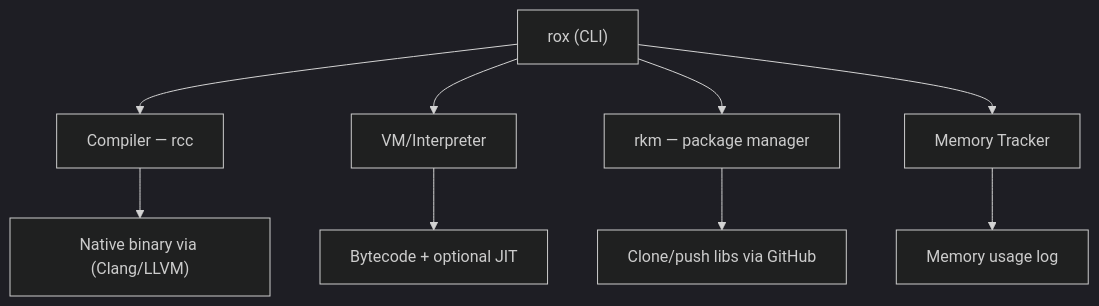
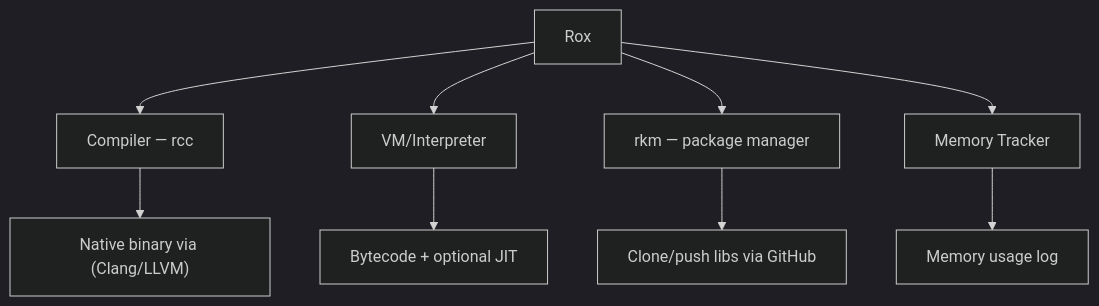
One commit to AhmedShah29/RoxLang changed the diagram in README.md. Above: the diagram before and after it, drawn with Mermaid (dark theme).

Commit message:
Update project name from 'rox' to 'Rox'

````diff
--- a/README.md
+++ b/README.md
@@ -5,13 +5,13 @@
 ```mermaid
 graph TD
-    rox["rox (CLI)"]
+    rox["Rox"]
     rox --> compiler["Compiler — rcc"]
     rox --> vm["VM/Interpreter"]
     rox --> rkm["rkm — package manager"]
     rox --> tracker["Memory Tracker"]
 
     compiler --> native["Native binary via (Clang/LLVM)"]
     vm --> bytecode["Bytecode + optional JIT"]
     rkm --> git["Clone/push libs via GitHub"]
     tracker --> log["Memory usage log"]
 ```
````
